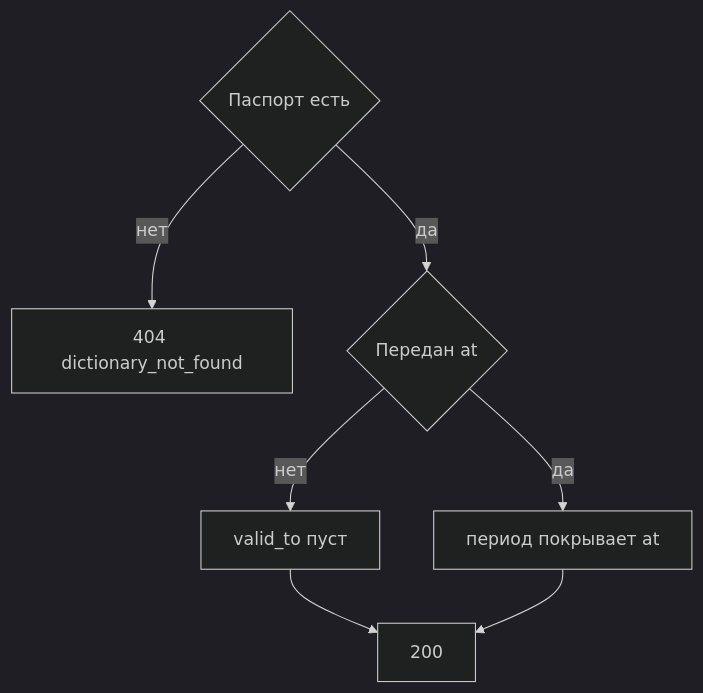
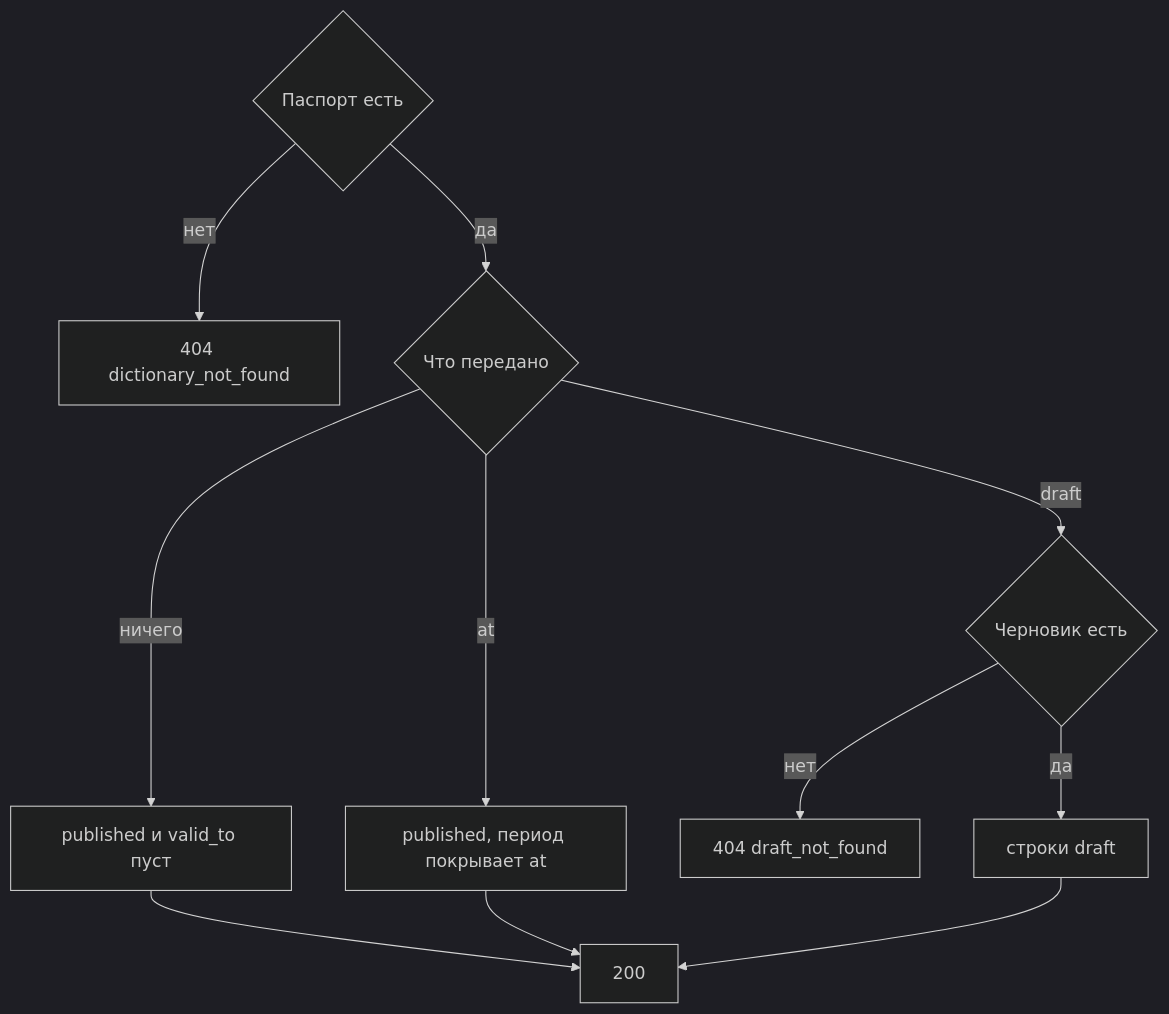
One commit to StrannikE95/reference_data changed the diagram in docs/1. functional/specification/v2 - 1 таблица/api/management.api/DataController/get_rows.md. Above: the diagram before and after it, drawn with Mermaid (dark theme). The commit also changed other lines of this file and 14 other files, not shown here.

````diff
--- a/docs/1. functional/specification/v2 - 1 таблица/api/management.api/DataController/get_rows.md
+++ b/docs/1. functional/specification/v2 - 1 таблица/api/management.api/DataController/get_rows.md
@@ -64,9 +77,13 @@
 ```mermaid
 flowchart TD
   found{"Паспорт есть"} -->|нет| miss["404 dictionary_not_found"]
-  found -->|да| mode{"Передан at"}
-  mode -->|нет| open["valid_to пуст"]
-  mode -->|да| moment["период покрывает at"]
+  found -->|да| mode{"Что передано"}
+  mode -->|ничего| open["published и valid_to пуст"]
+  mode -->|at| moment["published, период покрывает at"]
+  mode -->|draft| drow{"Черновик есть"}
+  drow -->|нет| none["404 draft_not_found"]
+  drow -->|да| drafts["строки draft"]
   open --> ok["200"]
   moment --> ok
+  drafts --> ok
 ```
````
